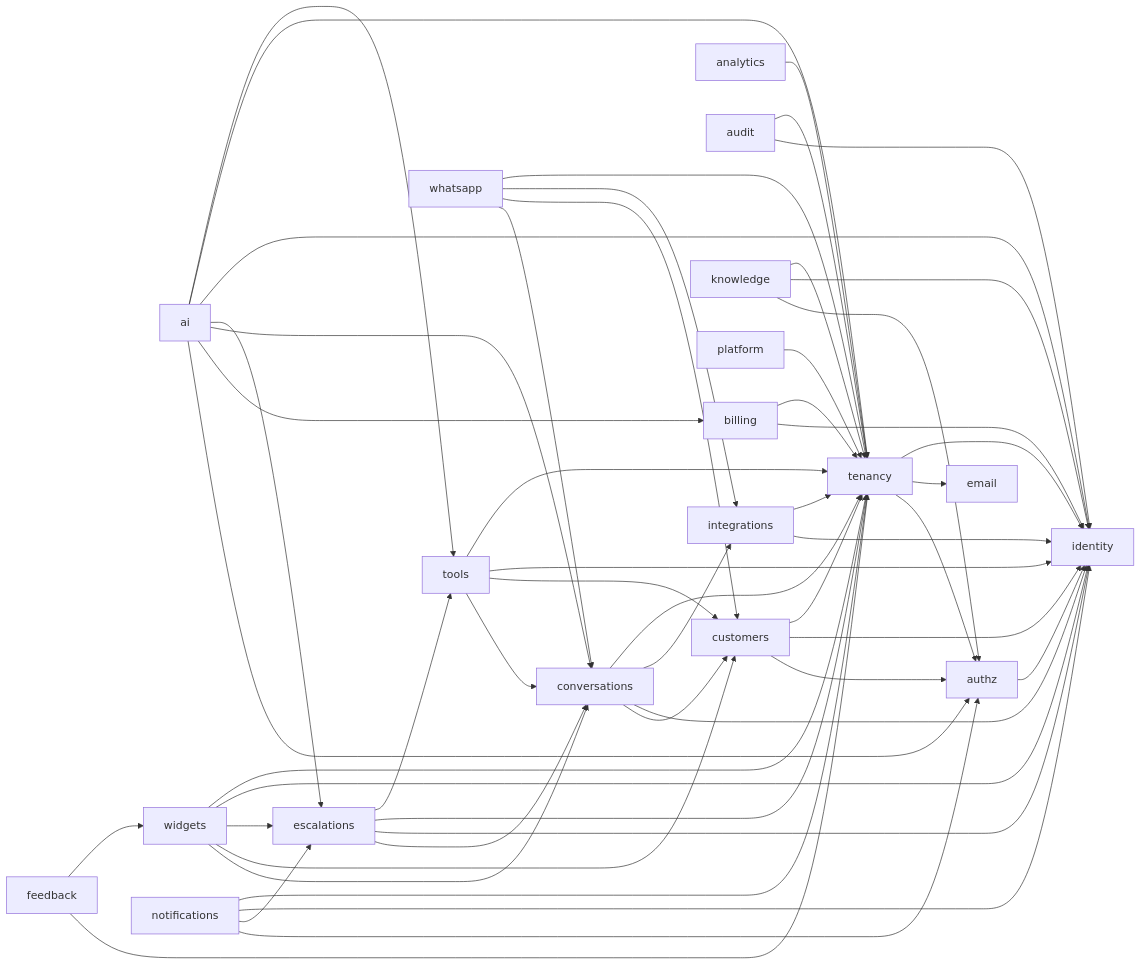
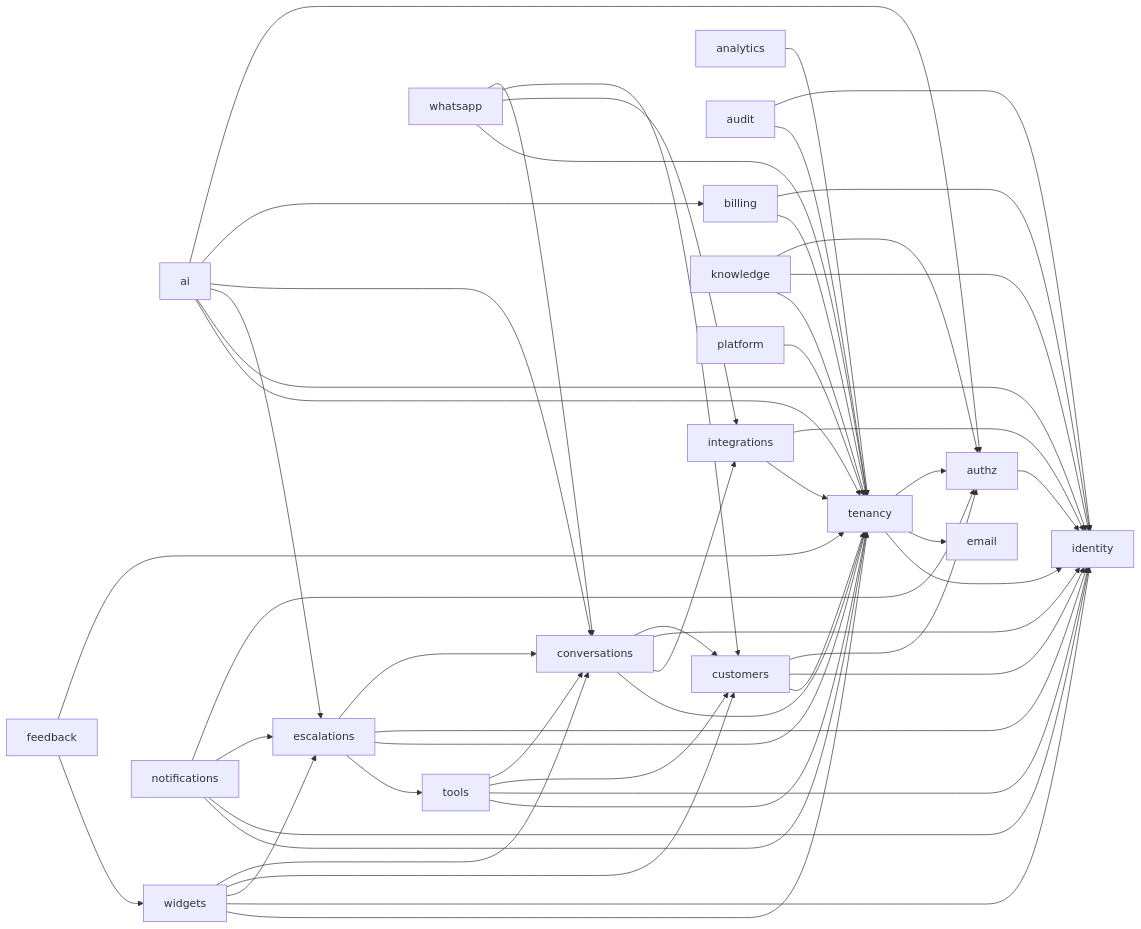
Before and after one commit to mohamed155/customer-service-chat-system: the diagram in docs/architecture/module-dependencies.md, drawn with Mermaid. The commit also changed other lines of this file and 12 other files, not shown here.

````diff
--- a/docs/architecture/module-dependencies.md
+++ b/docs/architecture/module-dependencies.md
@@ -41,55 +41,54 @@
 ```mermaid
 flowchart LR
   ai --> authz
   ai --> billing
   ai --> conversations
   ai --> escalations
   ai --> identity
   ai --> tenancy
-  ai --> tools
   analytics --> tenancy
   audit --> identity
   audit --> tenancy
   authz --> identity
   billing --> identity
   billing --> tenancy
   conversations --> customers
   conversations --> identity
   conversations --> integrations
   conversations --> tenancy
   customers --> authz
   customers --> identity
   customers --> tenancy
   escalations --> conversations
   escalations --> identity
   escalations --> tenancy
   escalations --> tools
   feedback --> tenancy
   feedback --> widgets
   integrations --> identity
   integrations --> tenancy
   knowledge --> authz
   knowledge --> identity
   knowledge --> tenancy
   notifications --> authz
   notifications --> escalations
   notifications --> identity
   notifications --> tenancy
   platform --> tenancy
   tenancy --> authz
   tenancy --> email
   tenancy --> identity
   tools --> conversations
   tools --> customers
   tools --> identity
   tools --> tenancy
   whatsapp --> conversations
   whatsapp --> customers
   whatsapp --> integrations
   whatsapp --> tenancy
   widgets --> conversations
   widgets --> customers
   widgets --> escalations
   widgets --> identity
   widgets --> tenancy
 ```
````
